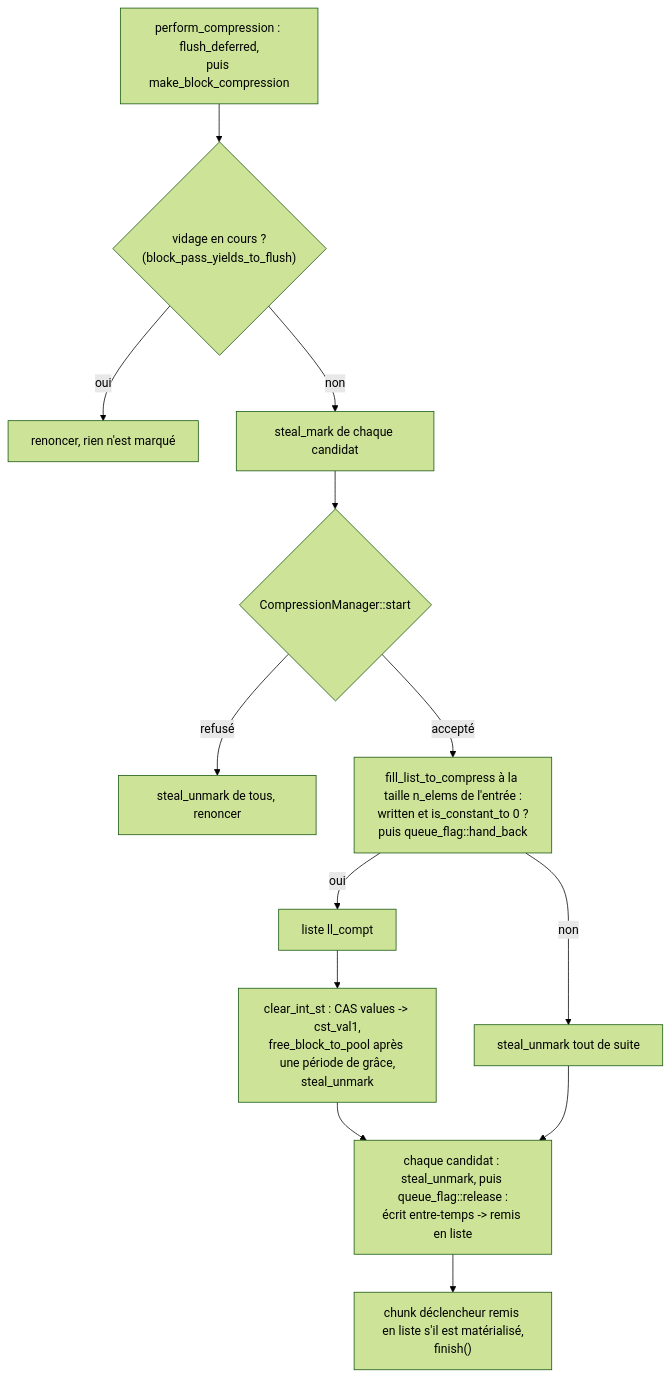
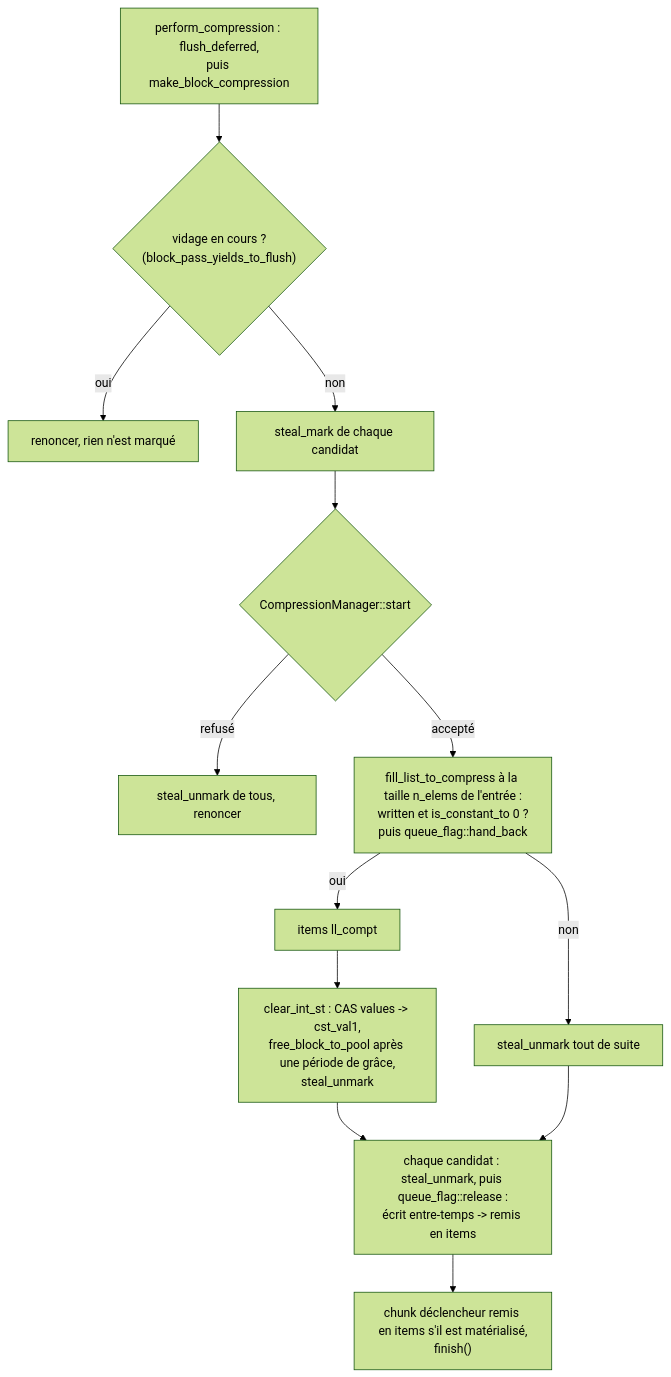
The second of 2 diagrams in docs/algo_zero_fr.md (cea-hpc/shrink-array), drawn with Mermaid (forest theme) before and after one commit. The commit also changed other lines of this file and 99 other files, not shown here.

````diff
--- a/docs/algo_zero_fr.md
+++ b/docs/algo_zero_fr.md
@@ -124,15 +124,15 @@
 ```mermaid
 flowchart TD
     A["perform_compression : flush_deferred,<br/>puis make_block_compression"] --> B{"vidage en cours ?<br/>(block_pass_yields_to_flush)"}
     B -->|oui| B1["renoncer, rien n'est marqué"]
     B -->|non| C["steal_mark de chaque candidat"]
     C --> D{"CompressionManager::start"}
     D -->|refusé| D1["steal_unmark de tous, renoncer"]
     D -->|accepté| E["fill_list_to_compress à la taille n_elems de l'entrée :<br/>written et is_constant_to 0 ?<br/>puis queue_flag::hand_back"]
-    E -->|oui| F["liste ll_compt"]
+    E -->|oui| F["items ll_compt"]
     E -->|non| G["steal_unmark tout de suite"]
     F --> H["clear_int_st : CAS values -> cst_val1,<br/>free_block_to_pool après une période de grâce,<br/>steal_unmark"]
-    H --> I["chaque candidat : steal_unmark, puis queue_flag::release :<br/>écrit entre-temps -> remis en liste"]
+    H --> I["chaque candidat : steal_unmark, puis queue_flag::release :<br/>écrit entre-temps -> remis en items"]
     G --> I
-    I --> J["chunk déclencheur remis en liste s'il est matérialisé,<br/>finish()"]
+    I --> J["chunk déclencheur remis en items s'il est matérialisé,<br/>finish()"]
 ```
````
